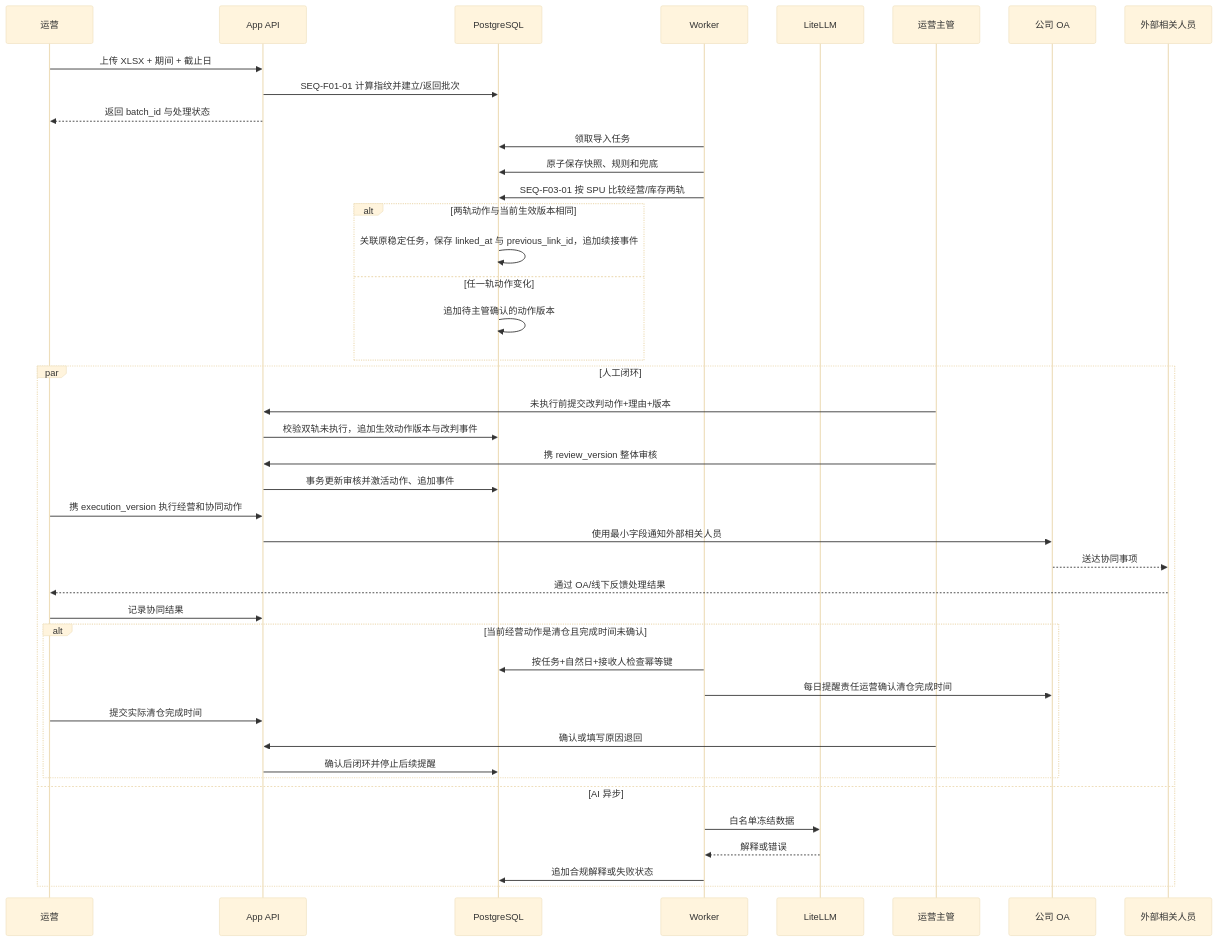
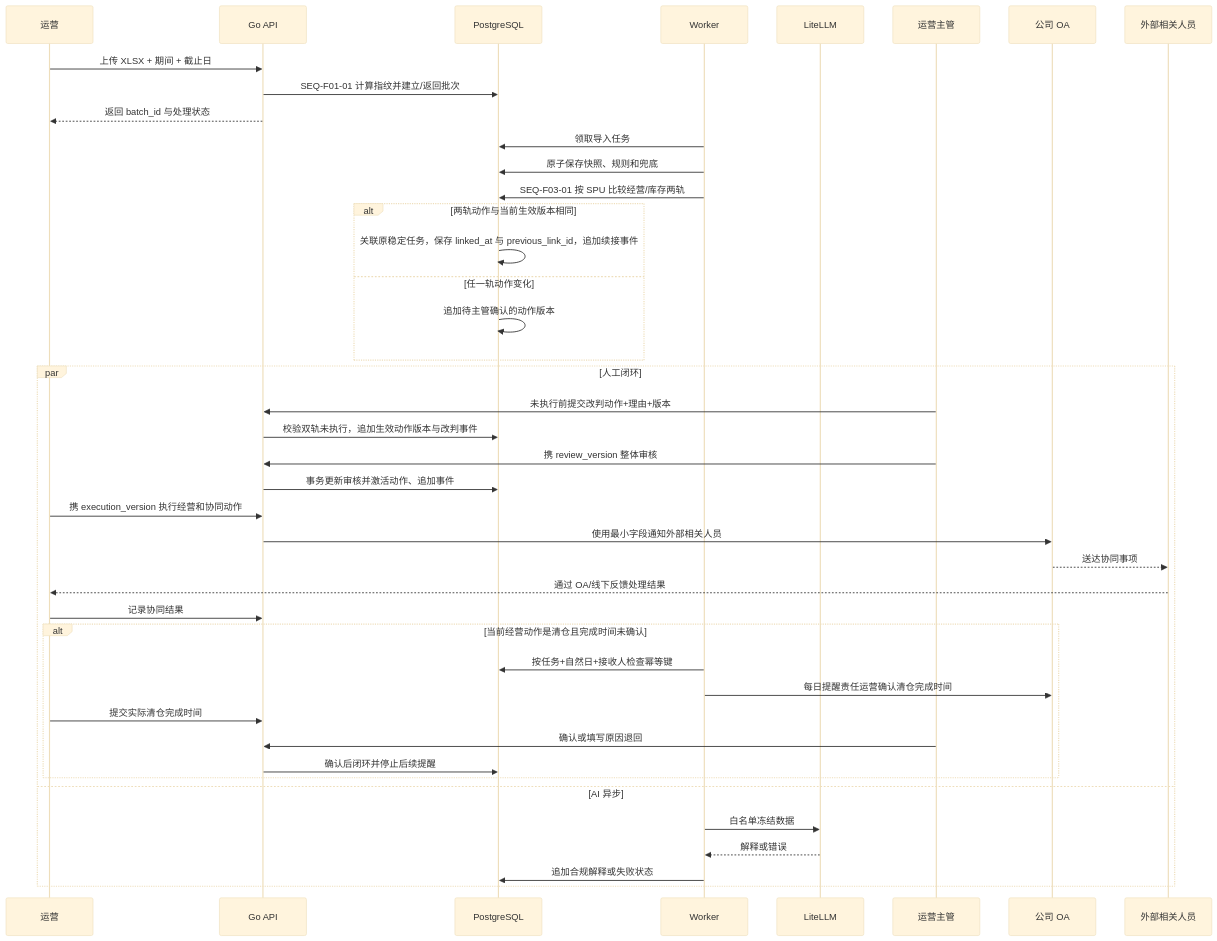
Before and after one commit to johnsonsmilequran/profit-decision-engine: the second of 2 diagrams in 趣然AI商品经营利润决策助手/output/技术方案.md, drawn with Mermaid (base theme). The commit also changed other lines of this file and 9 other files, not shown here.

````diff
--- a/趣然AI商品经营利润决策助手/output/技术方案.md
+++ b/趣然AI商品经营利润决策助手/output/技术方案.md
@@ -220,45 +223,45 @@
 ```mermaid
 sequenceDiagram
     participant OP as 运营
-    participant API as App API
+    participant API as Go API
     participant DB as PostgreSQL
     participant WK as Worker
     participant AI as LiteLLM
     participant MG as 运营主管
     participant OA as 公司 OA
     participant EXT as 外部相关人员
 
     OP->>API: 上传 XLSX + 期间 + 截止日
     API->>DB: SEQ-F01-01 计算指纹并建立/返回批次
     API-->>OP: 返回 batch_id 与处理状态
     WK->>DB: 领取导入任务
     WK->>DB: 原子保存快照、规则和兜底
     WK->>DB: SEQ-F03-01 按 SPU 比较经营/库存两轨
     alt 两轨动作与当前生效版本相同
         DB->>DB: 关联原稳定任务，保存 linked_at 与 previous_link_id，追加续接事件
     else 任一轨动作变化
         DB->>DB: 追加待主管确认的动作版本
     end
     par 人工闭环
         MG->>API: 未执行前提交改判动作+理由+版本
         API->>DB: 校验双轨未执行，追加生效动作版本与改判事件
         MG->>API: 携 review_version 整体审核
         API->>DB: 事务更新审核并激活动作、追加事件
         OP->>API: 携 execution_version 执行经营和协同动作
         API->>OA: 使用最小字段通知外部相关人员
         OA-->>EXT: 送达协同事项
         EXT-->>OP: 通过 OA/线下反馈处理结果
         OP->>API: 记录协同结果
         alt 当前经营动作是清仓且完成时间未确认
             WK->>DB: 按任务+自然日+接收人检查幂等键
             WK->>OA: 每日提醒责任运营确认清仓完成时间
             OP->>API: 提交实际清仓完成时间
             MG->>API: 确认或填写原因退回
             API->>DB: 确认后闭环并停止后续提醒
         end
     and AI 异步
         WK->>AI: 白名单冻结数据
         AI-->>WK: 解释或错误
         WK->>DB: 追加合规解释或失败状态
     end
 ```
````
